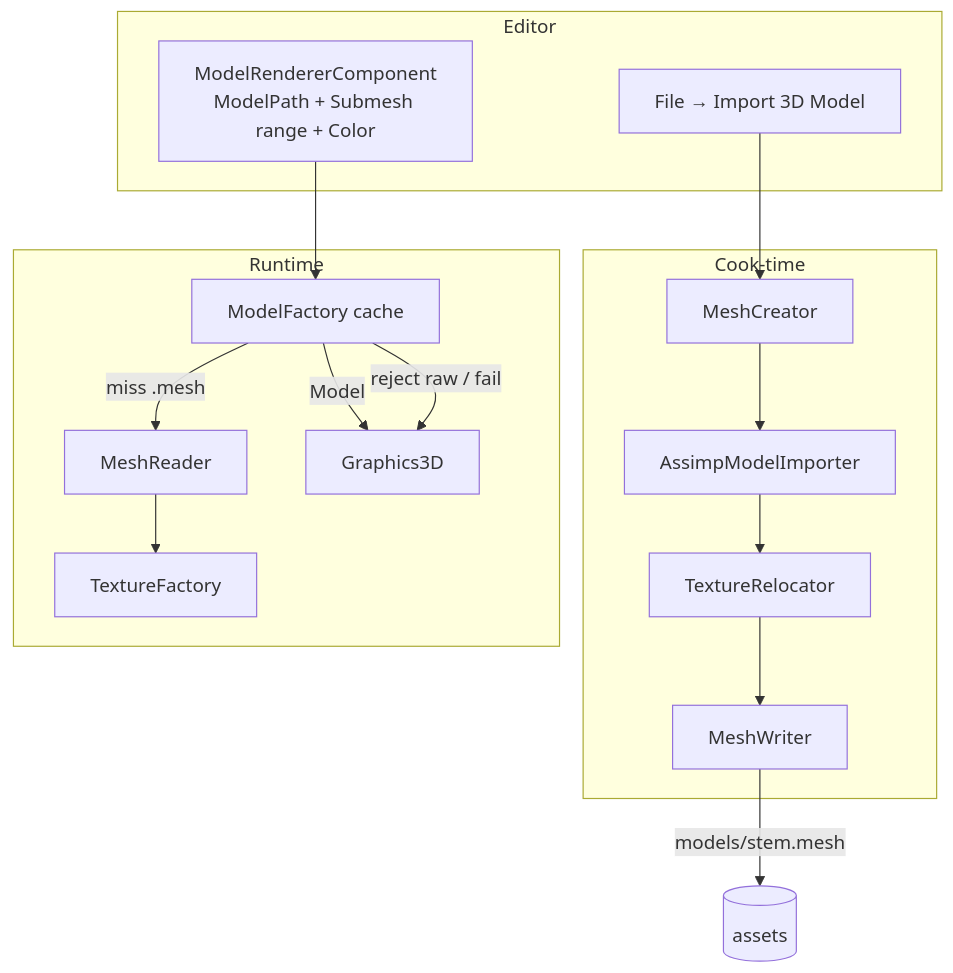
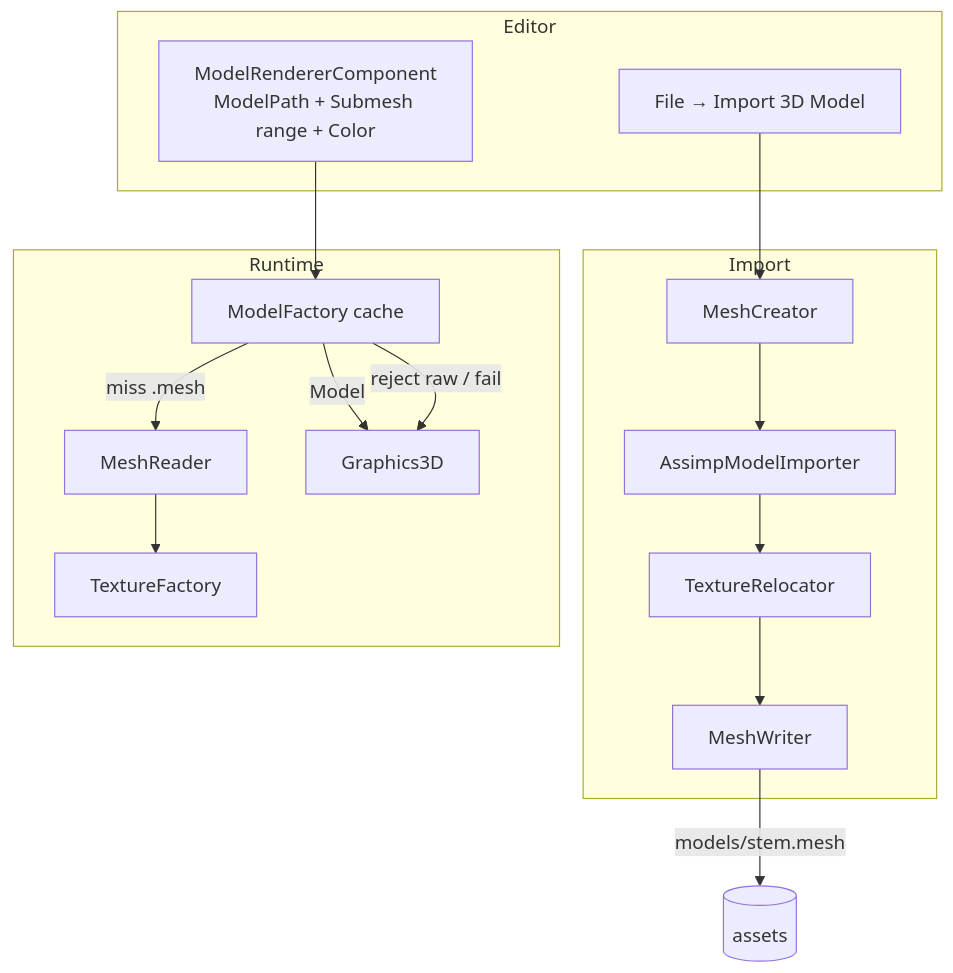
The first of 2 diagrams in docs/specs/3d-model-loading/developer-guide.md (kateusz/GameEngine), drawn with Mermaid before and after one commit. The commit also changed other lines of this file and 60 other files, not shown here.

````diff
--- a/docs/specs/3d-model-loading/developer-guide.md
+++ b/docs/specs/3d-model-loading/developer-guide.md
@@ -121,32 +121,32 @@
 ```mermaid
 flowchart TB
   subgraph editor [Editor]
     IMP[File → Import 3D Model]
     MRC[ModelRendererComponent<br/>ModelPath + Submesh range + Color]
   end
 
-  subgraph cook [Cook-time]
+  subgraph import [Import]
     MB[MeshCreator]
     AI[AssimpModelImporter]
     TR[TextureRelocator]
     MW[MeshWriter]
   end
 
   subgraph runtime [Runtime]
     MF[ModelFactory cache]
     MR[MeshReader]
     TF[TextureFactory]
     G3D[Graphics3D]
   end
 
   IMP --> MB
   MB --> AI
   AI --> TR
   TR --> MW
   MW -->|models/stem.mesh| Disk[(assets)]
   MRC --> MF
   MF -->|miss .mesh| MR
   MR --> TF
   MF -->|Model| G3D
   MF -->|reject raw / fail| G3D
 ```
````
